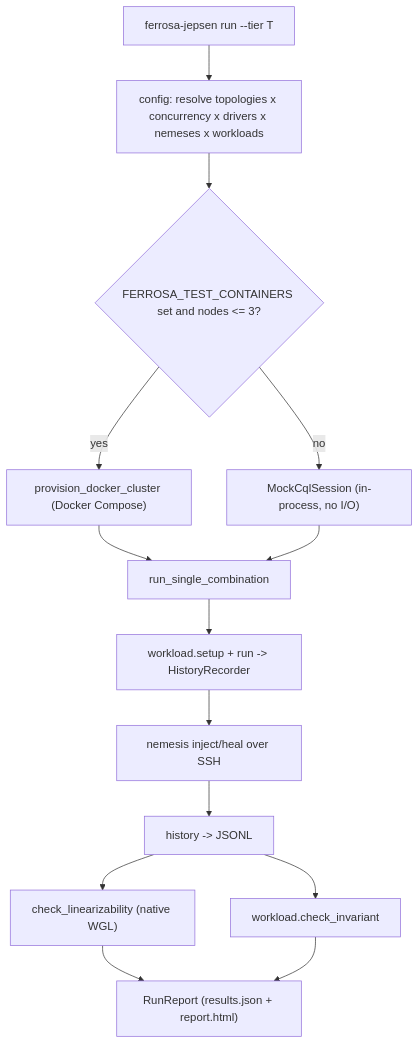
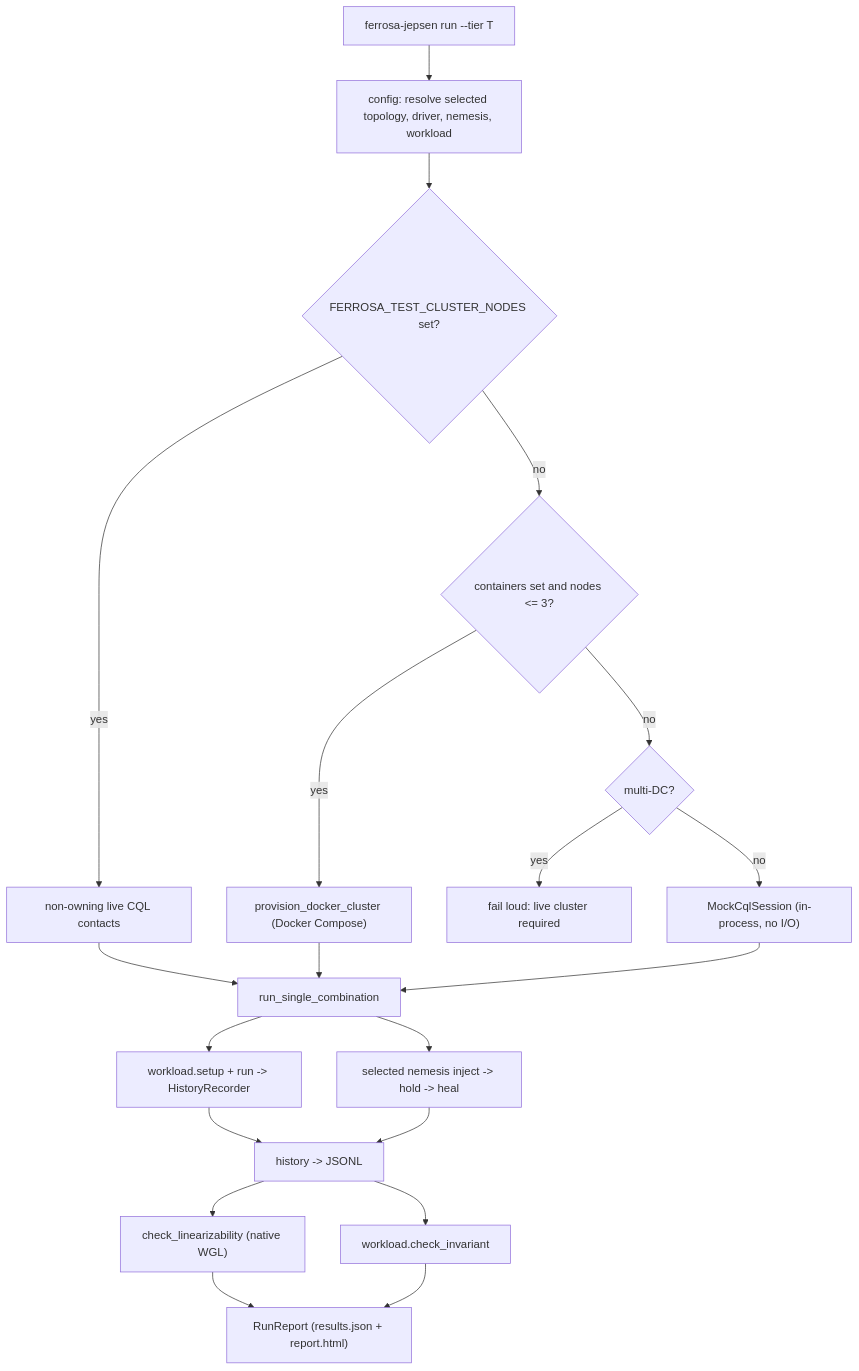
Before and after one commit to ferrosadb/ferrosa: the first of 2 diagrams in ferrosa-jepsen/specs/overview.md, drawn with Mermaid. The commit also changed other lines of this file and 16 other files, not shown here.

Commit message:
fix(jepsen): run multi-dc faults against live clusters

````diff
--- a/ferrosa-jepsen/specs/overview.md
+++ b/ferrosa-jepsen/specs/overview.md
@@ -51,16 +51,22 @@
 ```mermaid
 flowchart TD
-    CLI["ferrosa-jepsen run --tier T"] --> RESOLVE["config: resolve topologies x concurrency x drivers x nemeses x workloads"]
-    RESOLVE --> PROV{"FERROSA_TEST_CONTAINERS set and nodes &lt;= 3?"}
+    CLI["ferrosa-jepsen run --tier T"] --> RESOLVE["config: resolve selected topology, driver, nemesis, workload"]
+    RESOLVE --> EXTERNAL{"FERROSA_TEST_CLUSTER_NODES set?"}
+    EXTERNAL -- yes --> LIVE["non-owning live CQL contacts"]
+    EXTERNAL -- no --> PROV{"containers set and nodes &lt;= 3?"}
     PROV -- yes --> DOCKER["provision_docker_cluster (Docker Compose)"]
-    PROV -- no --> MOCK["MockCqlSession (in-process, no I/O)"]
-    DOCKER --> COMB["run_single_combination"]
+    PROV -- no --> REJECT{"multi-DC?"}
+    REJECT -- yes --> ERROR["fail loud: live cluster required"]
+    REJECT -- no --> MOCK["MockCqlSession (in-process, no I/O)"]
+    LIVE --> COMB["run_single_combination"]
+    DOCKER --> COMB
     MOCK --> COMB
     COMB --> WL["workload.setup + run -> HistoryRecorder"]
-    WL --> NEM["nemesis inject/heal over SSH"]
-    NEM --> HIST["history -> JSONL"]
+    COMB --> NEM["selected nemesis inject -> hold -> heal"]
+    WL --> HIST["history -> JSONL"]
+    NEM --> HIST
     HIST --> LIN["check_linearizability (native WGL)"]
     HIST --> INV["workload.check_invariant"]
     LIN --> REP["RunReport (results.json + report.html)"]
     INV --> REP
 ```
````
